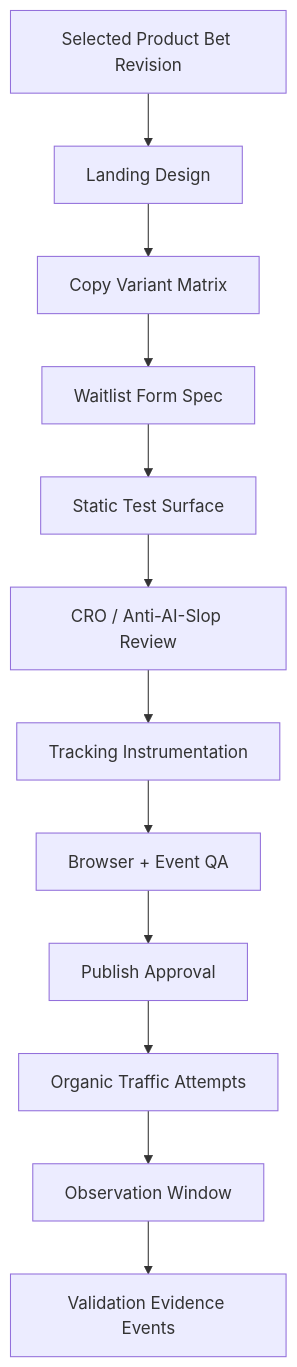
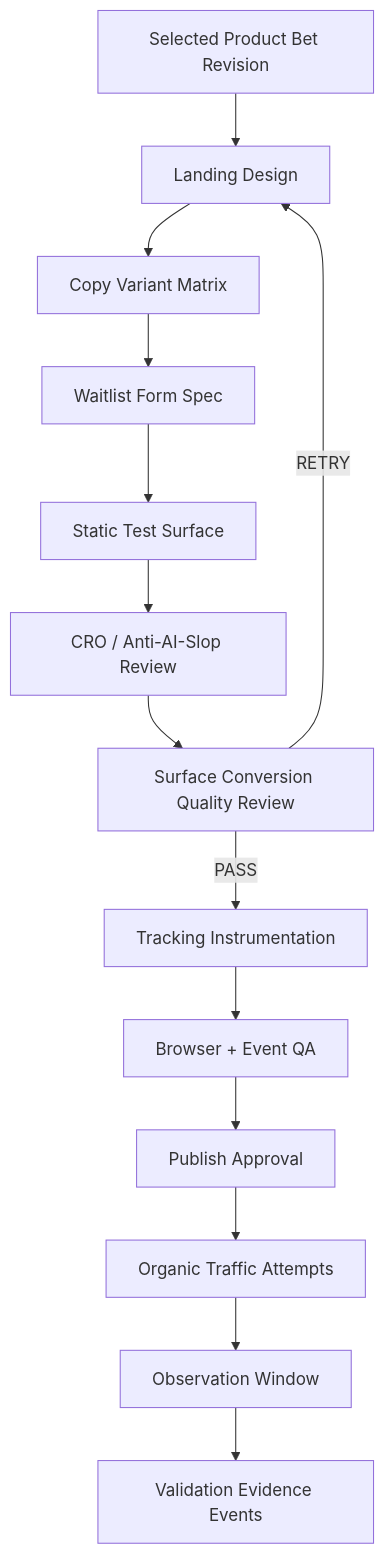
One commit to Vladick-Pick/Nohum-studio changed the diagram in docs/playbooks/product-bet-definition-playbook.md. Above: the diagram before and after it, drawn with Mermaid. The commit also changed other lines of this file and 25 other files, not shown here.

Commit message:
Guard validation surface quality

````diff
--- a/docs/playbooks/product-bet-definition-playbook.md
+++ b/docs/playbooks/product-bet-definition-playbook.md
@@ -241,14 +241,16 @@
 ```mermaid
 flowchart TD
   A["Selected Product Bet Revision"] --> B["Landing Design"]
   B --> C["Copy Variant Matrix"]
   C --> D["Waitlist Form Spec"]
   D --> E["Static Test Surface"]
   E --> F["CRO / Anti-AI-Slop Review"]
-  F --> G["Tracking Instrumentation"]
+  F --> Q["Surface Conversion Quality Review"]
+  Q -->|"RETRY"| B
+  Q -->|"PASS"| G["Tracking Instrumentation"]
   G --> H["Browser + Event QA"]
   H --> I["Publish Approval"]
   I --> J["Organic Traffic Attempts"]
   J --> K["Observation Window"]
   K --> L["Validation Evidence Events"]
 ```
````
